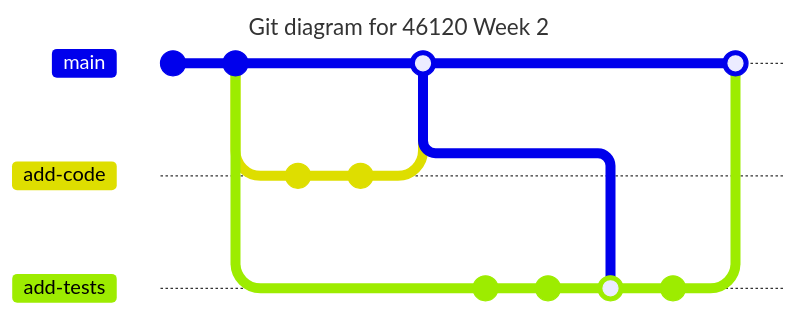
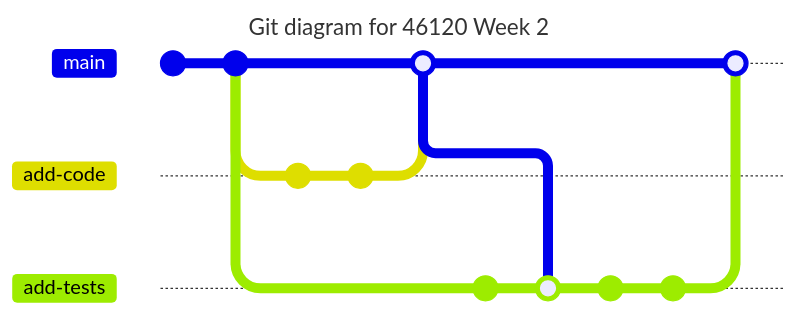
Before and after one commit to DTUWind-46120-2026/46120-PiWE: the first of 2 diagrams in week02_functions_tests/README.md, drawn with Mermaid. The commit also changed other lines of this file, not shown here. Commit ids are hidden.

````diff
--- a/week02_functions_tests/README.md
+++ b/week02_functions_tests/README.md
@@ -26,22 +26,22 @@
 ```mermaid
 ---
 title: Git diagram for 46120 Week 2
 ---
 gitGraph
    commit
    commit
    branch add-code
    branch add-tests
    checkout add-code
    commit
    commit
    checkout main
    merge add-code
    checkout add-tests
    commit
+   merge main
    commit
-   merge main
    commit
    checkout main
    merge add-tests
 ```
````
